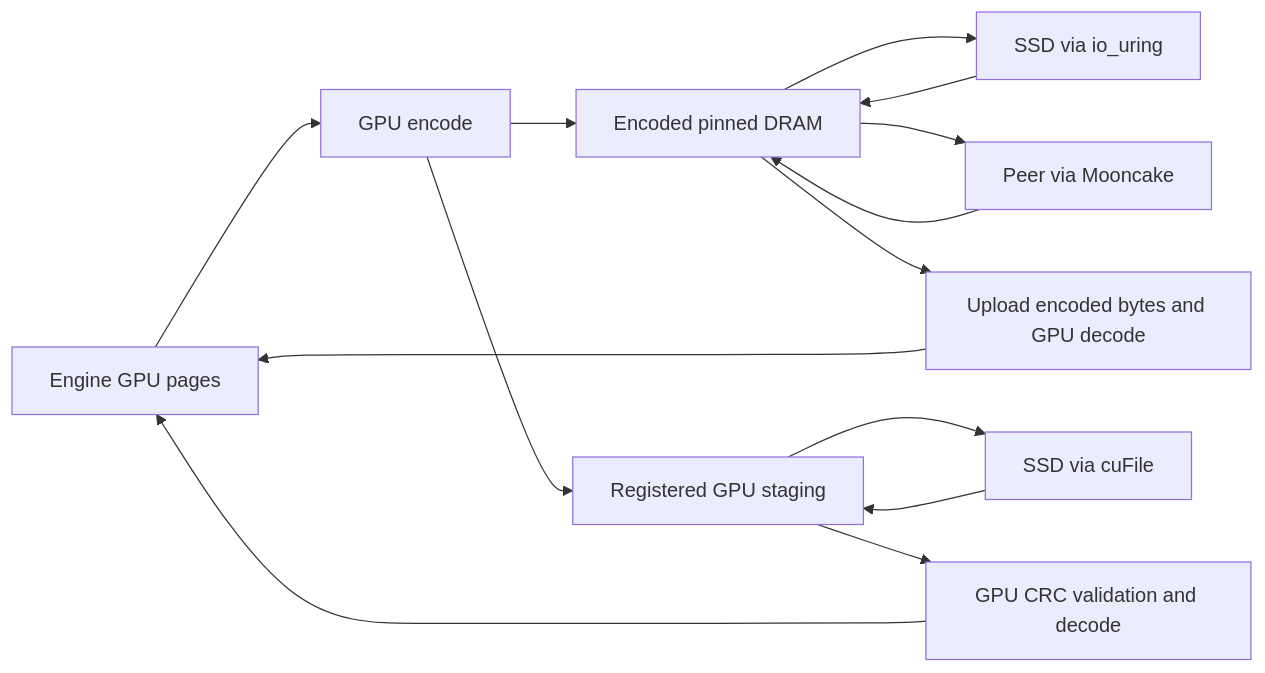
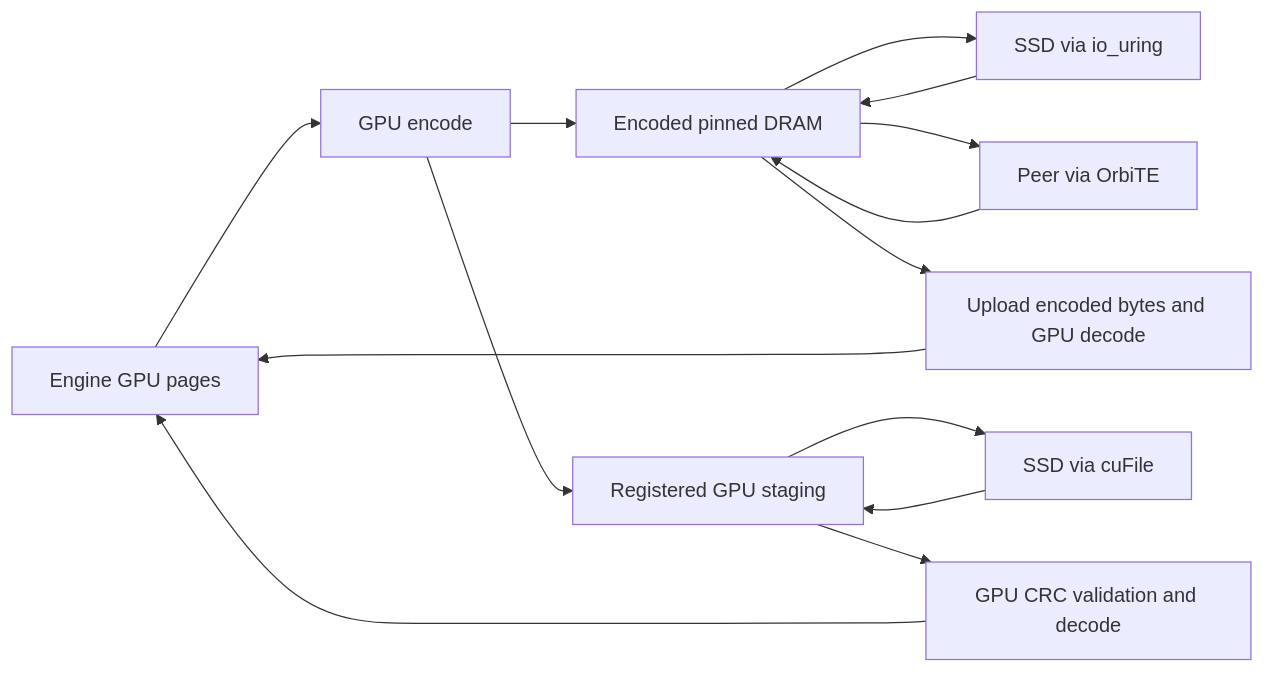
One commit to OrbitInfra/OrbitKV changed the diagram in docs/storage-formats.md. Above: the diagram before and after it, drawn with Mermaid. The commit also changed other lines of this file and 224 other files, not shown here.

````diff
--- a/docs/storage-formats.md
+++ b/docs/storage-formats.md
@@ -96,16 +102,16 @@
 ```mermaid
 flowchart LR
     E[Engine GPU pages] --> C[GPU encode]
     C --> D[Encoded pinned DRAM]
     C --> G[Registered GPU staging]
     G --> S[SSD via cuFile]
     D --> U[SSD via io_uring]
-    D --> P[Peer via Mooncake]
+    D --> P[Peer via OrbiTE]
     U --> D
     S --> G
     G --> V[GPU CRC validation and decode]
     V --> E
     P --> D
     D --> R[Upload encoded bytes and GPU decode]
     R --> E
 ```
````
